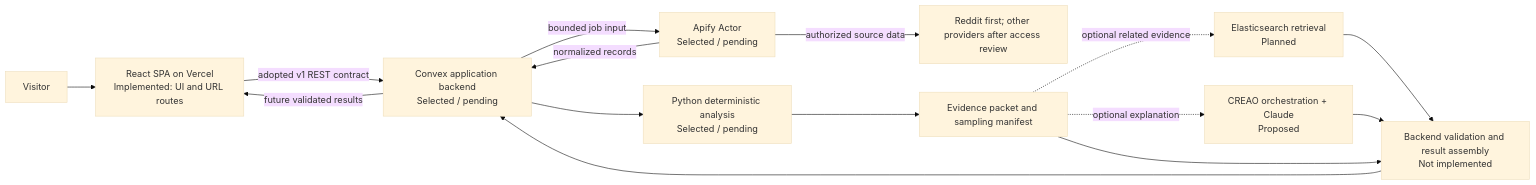
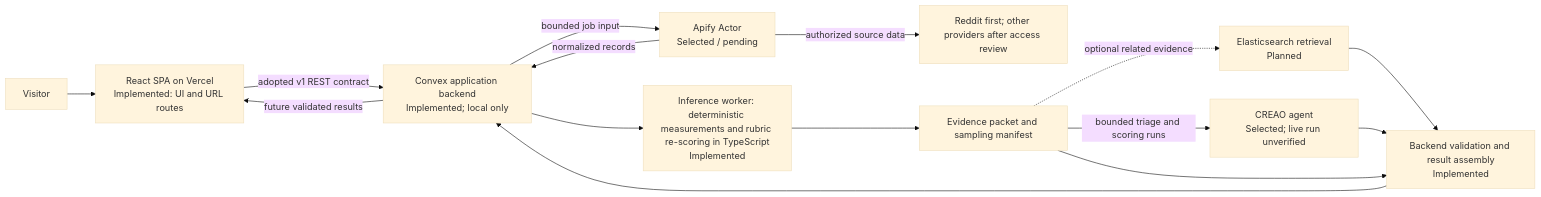
The second of 2 diagrams in SPEC.md (deadinternettheory-calhacks/dead-internet-theory), drawn with Mermaid (base theme) before and after one commit. The commit also changed other lines of this file and 4 other files, not shown here.

First line of the commit message:
docs: record Convex and CREAO inference decision

````diff
--- a/SPEC.md
+++ b/SPEC.md
@@ -166,17 +166,17 @@
 ```mermaid
 flowchart LR
     Person[Visitor] --> Web[React SPA on Vercel<br/>Implemented: UI and URL routes]
-    Web -->|adopted v1 REST contract| Convex[Convex application backend<br/>Selected / pending]
+    Web -->|adopted v1 REST contract| Convex[Convex application backend<br/>Implemented; local only]
     Convex -->|bounded job input| Apify[Apify Actor<br/>Selected / pending]
     Apify -->|authorized source data| Platform[Reddit first; other providers after access review]
     Apify -->|normalized records| Convex
-    Convex --> Python[Python deterministic analysis<br/>Selected / pending]
+    Convex --> Python[Inference worker: deterministic measurements and rubric re-scoring in TypeScript<br/>Implemented]
     Python --> Packet[Evidence packet and sampling manifest]
     Packet -. optional related evidence .-> Elastic[Elasticsearch retrieval<br/>Planned]
-    Packet -. optional explanation .-> CREAO[CREAO orchestration + Claude<br/>Proposed]
-    Elastic --> Validate[Backend validation and result assembly<br/>Not implemented]
+    Packet -->|bounded triage and scoring runs| CREAO[CREAO agent<br/>Selected; live run unverified]
+    Elastic --> Validate[Backend validation and result assembly<br/>Implemented]
     CREAO --> Validate
     Packet --> Validate
     Validate --> Convex
     Convex -->|future validated results| Web
 ```
````
